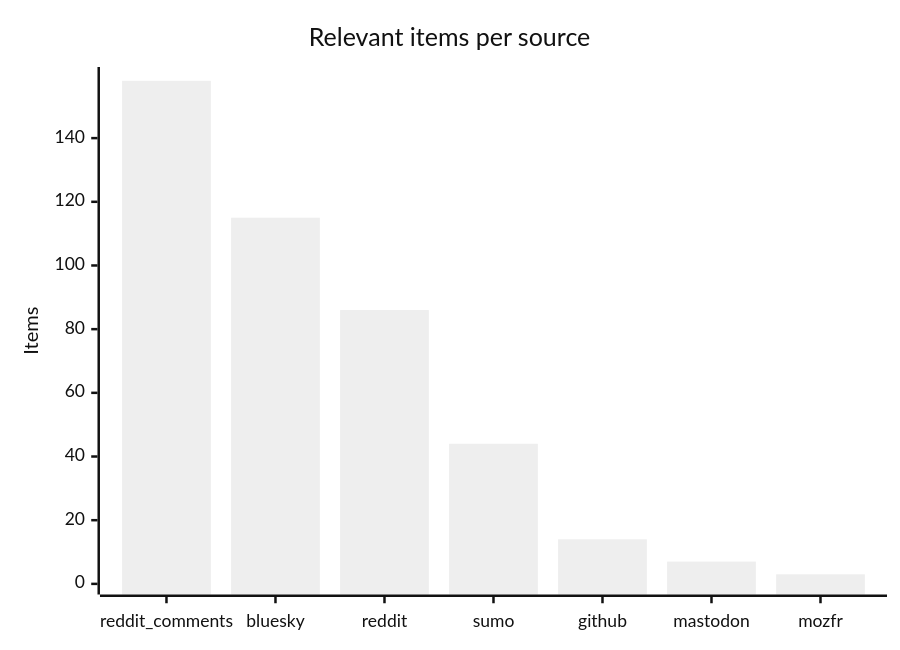
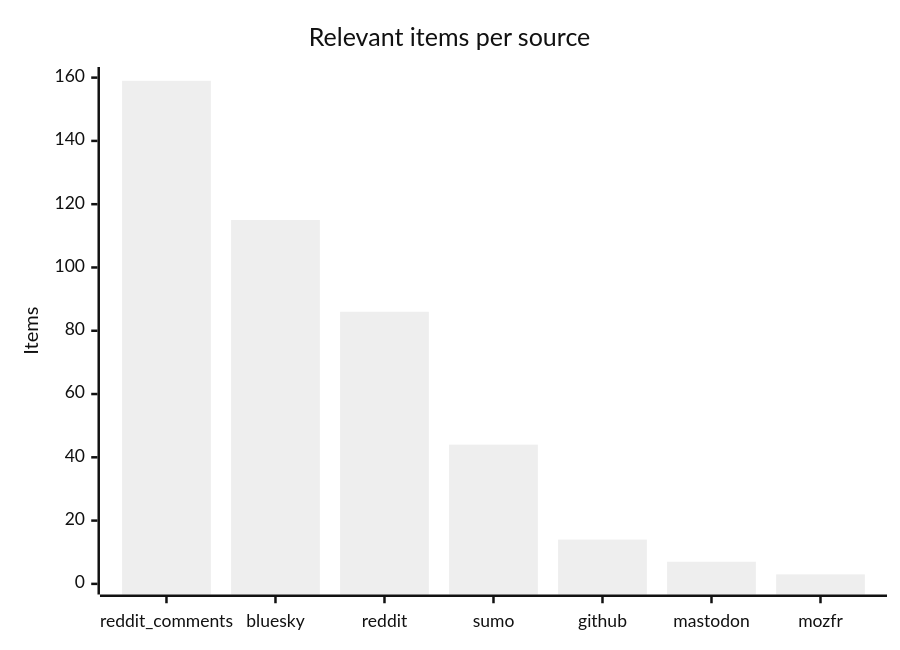
One commit to martinbalfanz/social-scanner-reports changed the third of 4 diagrams in README.md. Above: the diagram before and after it, drawn with Mermaid (neutral theme). The commit also changed other lines of this file and 4 other files, not shown here.

````diff
--- a/README.md
+++ b/README.md
@@ -48,7 +48,7 @@
 ```mermaid
 xychart-beta
     title "Relevant items per source"
     x-axis ["reddit_comments", "bluesky", "reddit", "sumo", "github", "mastodon", "mozfr"]
-    y-axis "Items" 0 --> 159
-    bar [158, 115, 86, 44, 14, 7, 3]
+    y-axis "Items" 0 --> 160
+    bar [159, 115, 86, 44, 14, 7, 3]
 ```
````
